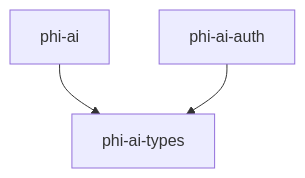
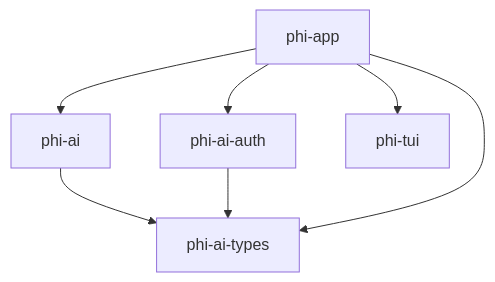
One commit to y0usaf/phi changed the diagram in ARCHITECTURE.md. Above: the diagram before and after it, drawn with Mermaid. The commit also changed other lines of this file and 22 other files, not shown here.

````diff
--- a/ARCHITECTURE.md
+++ b/ARCHITECTURE.md
@@ -14,5 +14,9 @@
 ```mermaid
 graph TD
   phi_ai["phi-ai"] --> phi_ai_types["phi-ai-types"]
   phi_ai_auth["phi-ai-auth"] --> phi_ai_types["phi-ai-types"]
+  phi_app["phi-app"] --> phi_ai["phi-ai"]
+  phi_app["phi-app"] --> phi_ai_auth["phi-ai-auth"]
+  phi_app["phi-app"] --> phi_ai_types["phi-ai-types"]
+  phi_app["phi-app"] --> phi_tui["phi-tui"]
 ```
````
